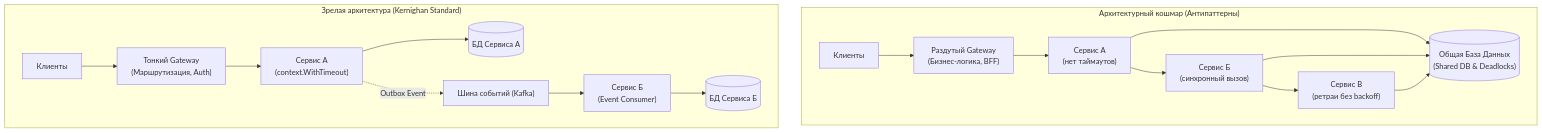
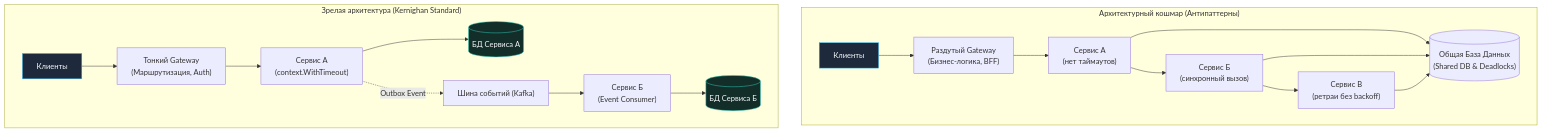
Before and after one commit to UnrealTemplier/go-textbook: the diagram in sources/11. Архитектура и System Design/53. Антипаттерны архитектуры.md, drawn with Mermaid. The commit also changed 1666 other files, not shown here.

First line of the commit message:
feat(mermaid): add semantic color classDef to 1369 colorless flowchart/graph diagrams

````diff
--- a/sources/11. Архитектура и System Design/53. Антипаттерны архитектуры.md
+++ b/sources/11. Архитектура и System Design/53. Антипаттерны архитектуры.md
@@ -12,31 +12,41 @@
 ```mermaid
 flowchart TD
+    classDef process  fill:#1e293b,stroke:#38bdf8,stroke-width:1px,color:#f8fafc
+    classDef success  fill:#064e3b,stroke:#34d399,stroke-width:1px,color:#f8fafc
+    classDef error    fill:#7f1d1d,stroke:#f87171,stroke-width:1px,color:#f8fafc
+    classDef warning  fill:#78350f,stroke:#fbbf24,stroke-width:1px,color:#f8fafc
+    classDef entry    fill:#1e3a5f,stroke:#38bdf8,stroke-width:2px,color:#f8fafc
+    classDef aux      fill:#334155,stroke:#64748b,stroke-width:1px,color:#f8fafc
+    classDef system   fill:#312e81,stroke:#a78bfa,stroke-width:1px,color:#f8fafc
+    classDef data     fill:#132d29,stroke:#2dd4bf,stroke-width:1px,color:#f8fafc
+    classDef network  fill:#881337,stroke:#fb7185,stroke-width:1px,color:#f8fafc
+    classDef accent   fill:#1e1b4b,stroke:#818cf8,stroke-width:1px,color:#f8fafc
     subgraph Nightmare["Архитектурный кошмар (Антипаттерны)"]
-        ClientN["Клиенты"]
+        ClientN["Клиенты"]:::process
         GWSlow["Раздутый Gateway<br>(Бизнес-логика, BFF)"]
         S1["Сервис А<br>(нет таймаутов)"]
         S2["Сервис Б<br>(синхронный вызов)"]
         S3["Сервис В<br>(ретраи без backoff)"]
         SharedDB[("Общая База Данных<br>(Shared DB & Deadlocks)")]
 
         ClientN --> GWSlow --> S1 --> S2 --> S3
         S1 --> SharedDB
         S2 --> SharedDB
         S3 --> SharedDB
     end
 
     subgraph Resilient["Зрелая архитектура (Kernighan Standard)"]
-        ClientOK["Клиенты"]
+        ClientOK["Клиенты"]:::process
         GWThin["Тонкий Gateway<br>(Маршрутизация, Auth)"]
         SvcA["Сервис А<br>(context.WithTimeout)"]
         SvcB["Сервис Б<br>(Event Consumer)"]
         EventBus["Шина событий (Kafka)"]
-        DBA[("БД Сервиса А")]
-        DBB[("БД Сервиса Б")]
+        DBA[("БД Сервиса А")]:::data
+        DBB[("БД Сервиса Б")]:::data
 
         ClientOK --> GWThin --> SvcA
         SvcA --> DBA
         SvcA -.->|"Outbox Event"| EventBus --> SvcB
         SvcB --> DBB
     end
 ```
````
